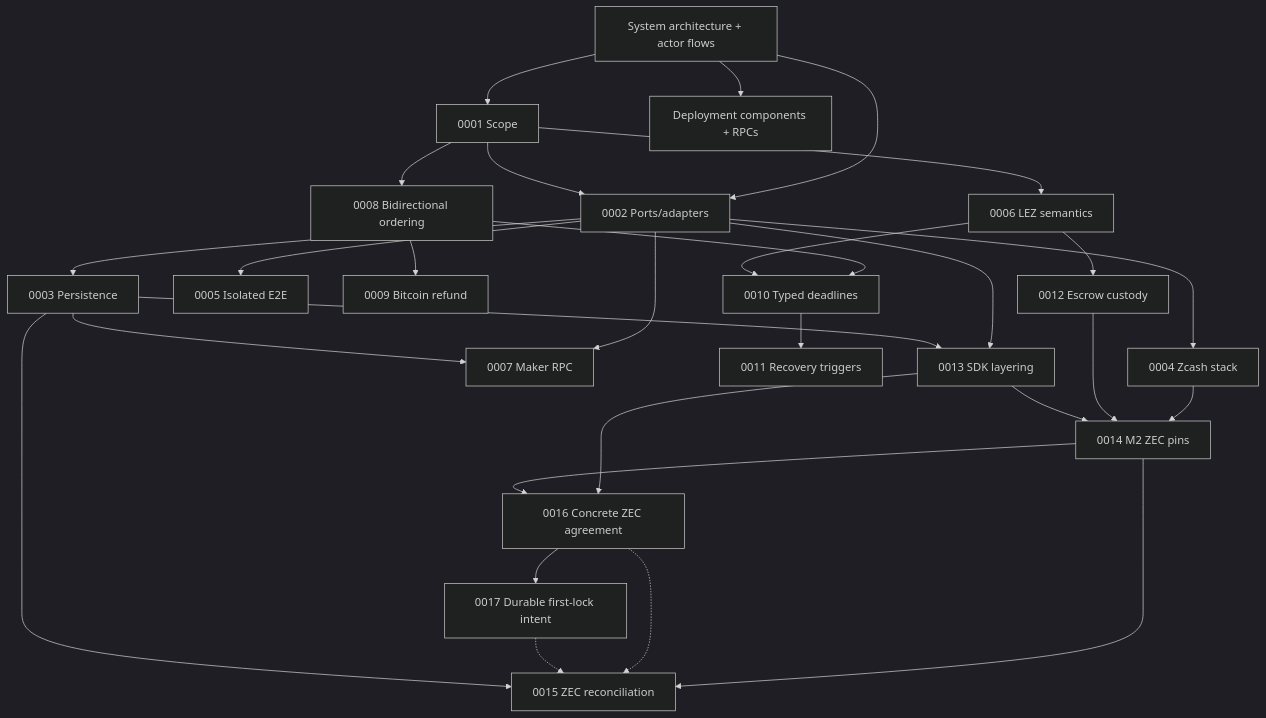
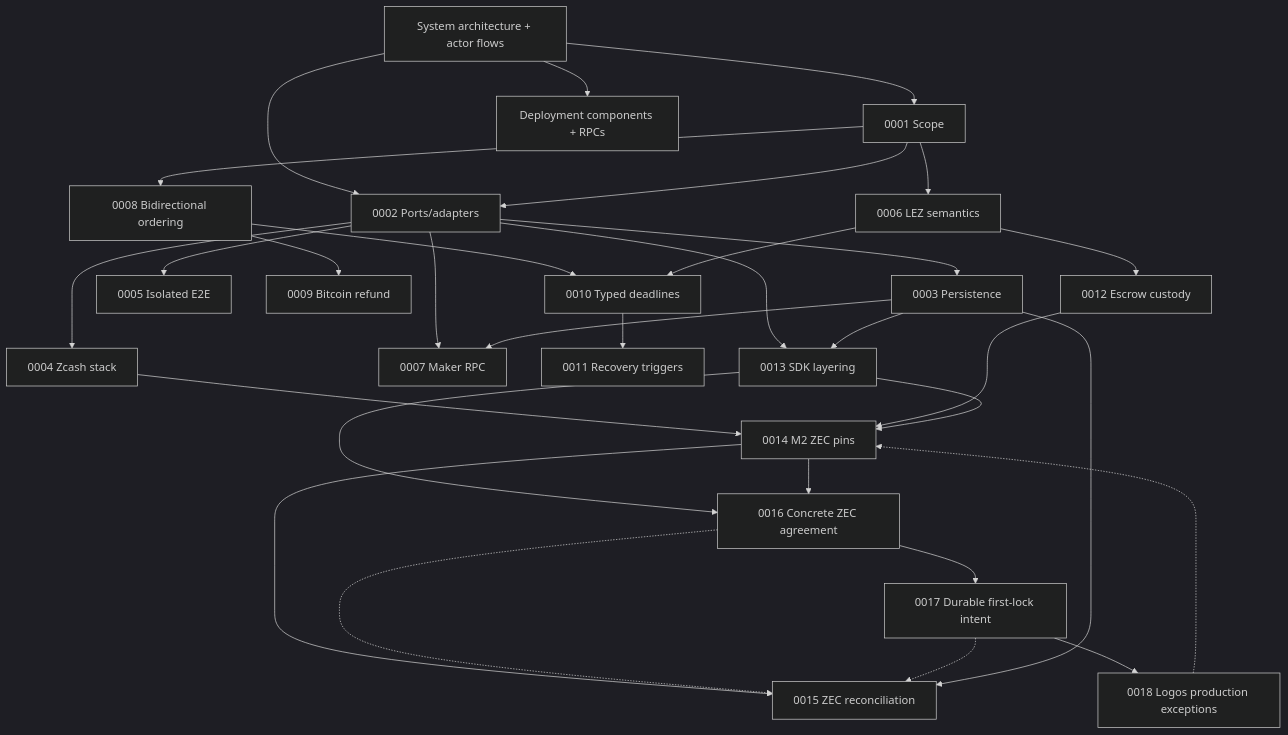
One commit to gateway-fm/lez-atomic-swaps changed the diagram in docs/architecture/README.md. Above: the diagram before and after it, drawn with Mermaid (dark theme). The commit also changed other lines of this file and 19 other files, not shown here.

````diff
--- a/docs/architecture/README.md
+++ b/docs/architecture/README.md
@@ -25,31 +25,33 @@
 ```mermaid
 flowchart TB
     System["System architecture + actor flows"] --> Scope["0001 Scope"]
     System --> Deployment["Deployment components + RPCs"]
     System --> Ports["0002 Ports/adapters"]
     Scope --> Ports
     Ports --> Persistence["0003 Persistence"]
     Ports --> Zcash["0004 Zcash stack"]
     Ports --> Docker["0005 Isolated E2E"]
     Scope --> LEZ["0006 LEZ semantics"]
     Ports --> RPC["0007 Maker RPC"]
     Scope --> Direction["0008 Bidirectional ordering"]
     Direction --> Bitcoin["0009 Bitcoin refund"]
     Direction --> Deadlines["0010 Typed deadlines"]
     LEZ --> Deadlines
     Deadlines --> Recovery["0011 Recovery triggers"]
     LEZ --> Custody["0012 Escrow custody"]
     Ports --> SDK["0013 SDK layering"]
     Zcash --> ZecPins["0014 M2 ZEC pins"]
     Custody --> ZecPins
     SDK --> ZecPins
     ZecPins --> ZecReconcile["0015 ZEC reconciliation"]
     SDK --> Agreement["0016 Concrete ZEC agreement"]
     Agreement --> FirstLock["0017 Durable first-lock intent"]
     ZecPins --> Agreement
     Agreement -.-> ZecReconcile
     FirstLock -.-> ZecReconcile
+    FirstLock --> Upstream["0018 Logos production exceptions"]
+    Upstream -.-> ZecPins
     Persistence --> ZecReconcile
     Persistence --> SDK
     Persistence --> RPC
 ```
````
